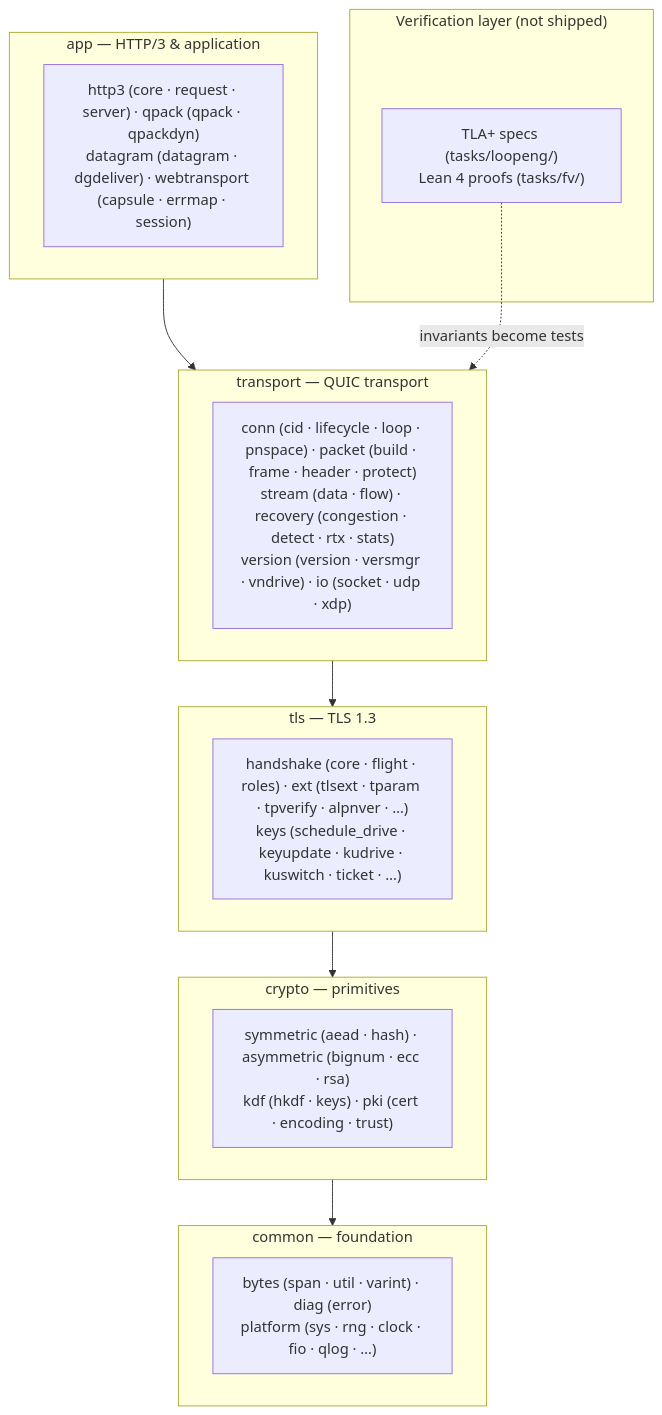
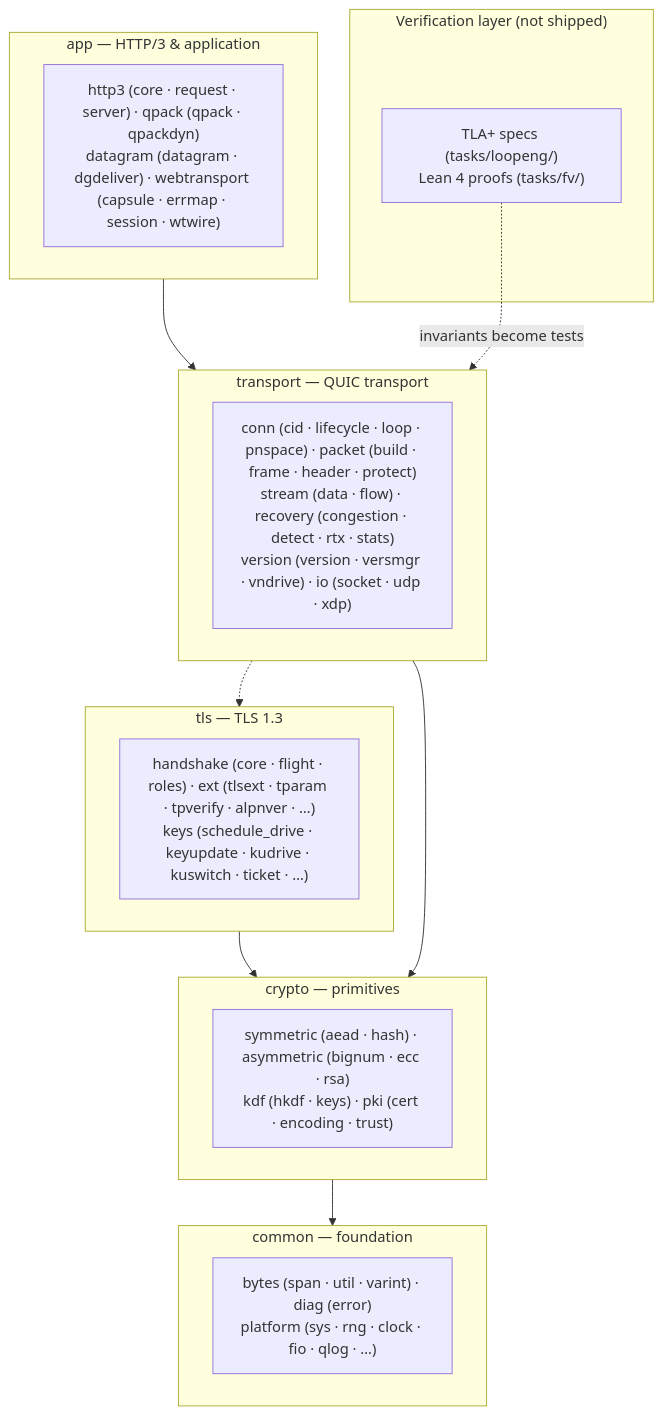
The first of 4 diagrams in docs/development.md (Hakkadaikon/wired), drawn with Mermaid before and after one commit. The commit also changed other lines of this file and 1 other file, not shown here.

First line of the commit message:
docs: align layer diagrams, unambiguous includes, honest edge cases

````diff
--- a/docs/development.md
+++ b/docs/development.md
@@ -32,25 +33,28 @@
 ```mermaid
 flowchart TB
     subgraph APP["app — HTTP/3 & application"]
-        app["http3 (core · request · server) · qpack (qpack · qpackdyn)<br/>datagram (datagram · dgdeliver) · webtransport (capsule · errmap · session)"]
+        app["http3 (core · request · server) · qpack (qpack · qpackdyn)<br/>datagram (datagram · dgdeliver) · webtransport (capsule · errmap · session · wtwire)"]
     end
     subgraph TRANSPORT["transport — QUIC transport"]
         transport["conn (cid · lifecycle · loop · pnspace) · packet (build · frame · header · protect)<br/>stream (data · flow) · recovery (congestion · detect · rtx · stats)<br/>version (version · versmgr · vndrive) · io (socket · udp · xdp)"]
     end
     subgraph TLS["tls — TLS 1.3"]
         tls["handshake (core · flight · roles) · ext (tlsext · tparam · tpverify · alpnver · …)<br/>keys (schedule_drive · keyupdate · kudrive · kuswitch · ticket · …)"]
     end
     subgraph CRYPTO["crypto — primitives"]
         crypto["symmetric (aead · hash) · asymmetric (bignum · ecc · rsa)<br/>kdf (hkdf · keys) · pki (cert · encoding · trust)"]
     end
     subgraph COMMON["common — foundation"]
         common["bytes (span · util · varint) · diag (error)<br/>platform (sys · rng · clock · fio · qlog · …)"]
     end
 
-    APP --> TRANSPORT --> TLS --> CRYPTO --> COMMON
+    APP --> TRANSPORT
+    TRANSPORT -.-> TLS
+    TLS --> CRYPTO
+    TRANSPORT --> CRYPTO --> COMMON
 
     subgraph VERIFY["Verification layer (not shipped)"]
         verify["TLA+ specs (tasks/loopeng/)<br/>Lean 4 proofs (tasks/fv/)"]
     end
     verify -. invariants become tests .-> TRANSPORT
 ```
````
